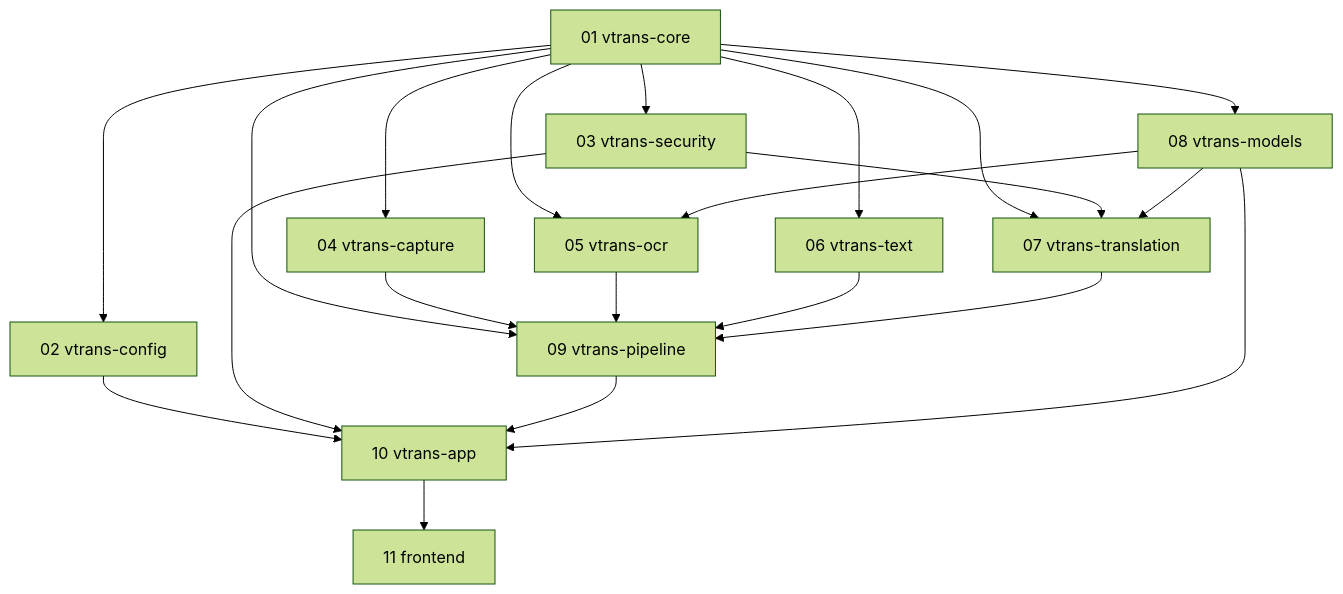
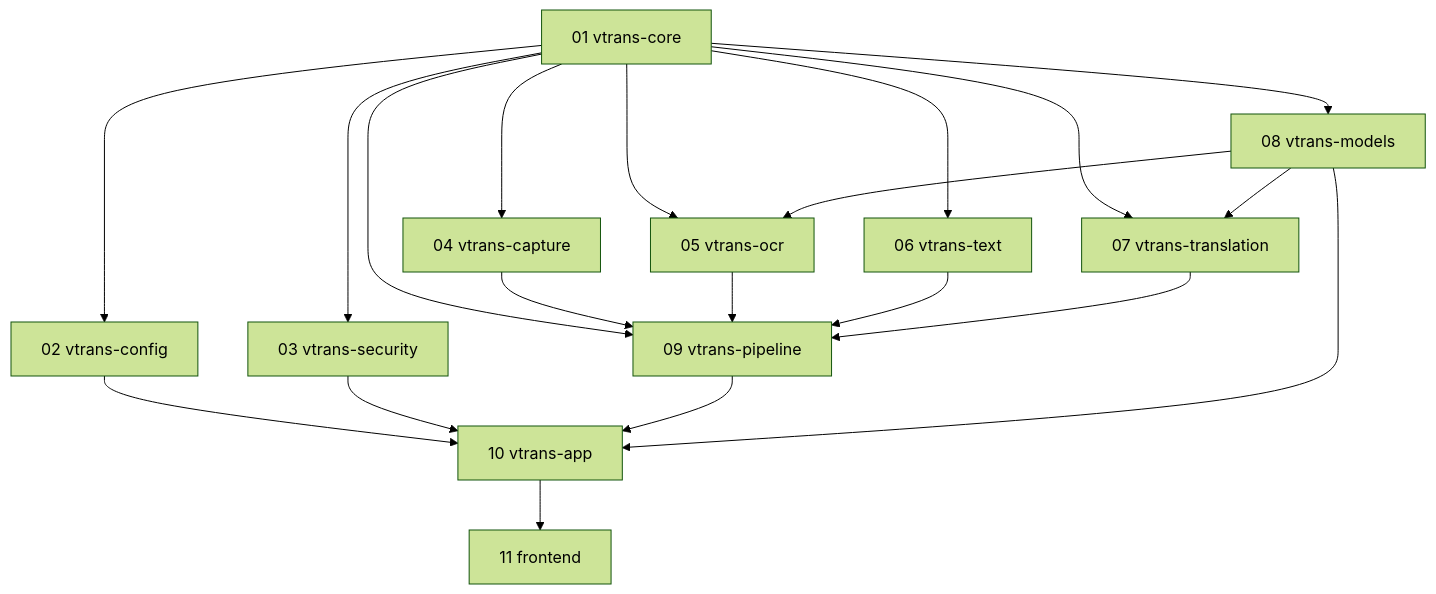
The diagram in docs/ARCHITECTURE.md (ArrogHie/VTrans), drawn with Mermaid (forest theme) before and after one commit. The commit also changed other lines of this file and 14 other files, not shown here.

````diff
--- a/docs/ARCHITECTURE.md
+++ b/docs/ARCHITECTURE.md
@@ -34,34 +34,33 @@
 ```mermaid
 graph TD
     core["01 vtrans-core"]
     config["02 vtrans-config"]
     security["03 vtrans-security"]
     capture["04 vtrans-capture"]
     ocr["05 vtrans-ocr"]
     text["06 vtrans-text"]
     translation["07 vtrans-translation"]
     models["08 vtrans-models"]
     pipeline["09 vtrans-pipeline"]
     app["10 vtrans-app"]
     frontend["11 frontend"]
     core --> config
     core --> security
     core --> text
     core --> models
     core --> capture
     core --> ocr
     models --> ocr
     core --> translation
-    security --> translation
     models --> translation
     core --> pipeline
     capture --> pipeline
     ocr --> pipeline
     text --> pipeline
     translation --> pipeline
     config --> app
     security --> app
     pipeline --> app
     models --> app
    app --> frontend
 ```
````
